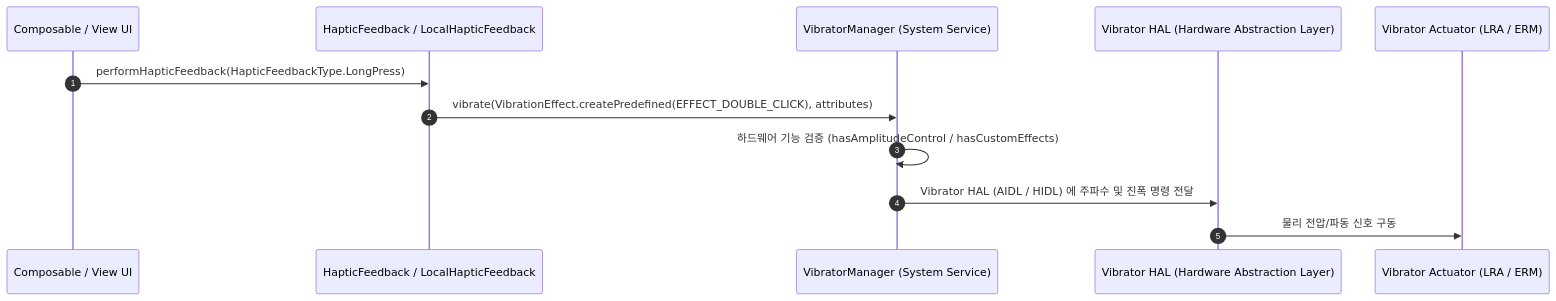
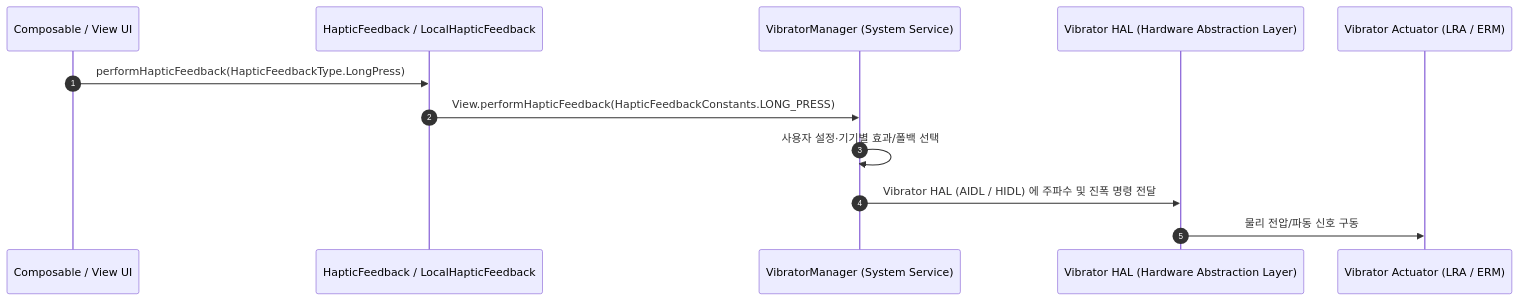
The diagram in 01_inbox/mobile/android/04_system_services/device-capabilities/haptics-vibrator-contracts/haptics-and-vibrator-contracts.md (youngmin-gwon/what-i-studied), drawn with Mermaid before and after one commit. The commit also changed other lines of this file and 89 other files, not shown here.

````diff
--- a/01_inbox/mobile/android/04_system_services/device-capabilities/haptics-vibrator-contracts/haptics-and-vibrator-contracts.md
+++ b/01_inbox/mobile/android/04_system_services/device-capabilities/haptics-vibrator-contracts/haptics-and-vibrator-contracts.md
@@ -35,15 +35,15 @@
 ```mermaid
 sequenceDiagram
     autonumber
     participant UI as Composable / View UI
     participant HF as HapticFeedback / LocalHapticFeedback
     participant VM as VibratorManager (System Service)
     participant HAL as Vibrator HAL (Hardware Abstraction Layer)
     participant Actuator as Vibrator Actuator (LRA / ERM)
 
     UI->>HF: performHapticFeedback(HapticFeedbackType.LongPress)
-    HF->>VM: vibrate(VibrationEffect.createPredefined(EFFECT_DOUBLE_CLICK), attributes)
-    VM->>VM: 하드웨어 기능 검증 (hasAmplitudeControl / hasCustomEffects)
+    HF->>VM: View.performHapticFeedback(HapticFeedbackConstants.LONG_PRESS)
+    VM->>VM: 사용자 설정·기기별 효과/폴백 선택
     VM->>HAL: Vibrator HAL (AIDL / HIDL) 에 주파수 및 진폭 명령 전달
     HAL->>Actuator: 물리 전압/파동 신호 구동
 ```
````
